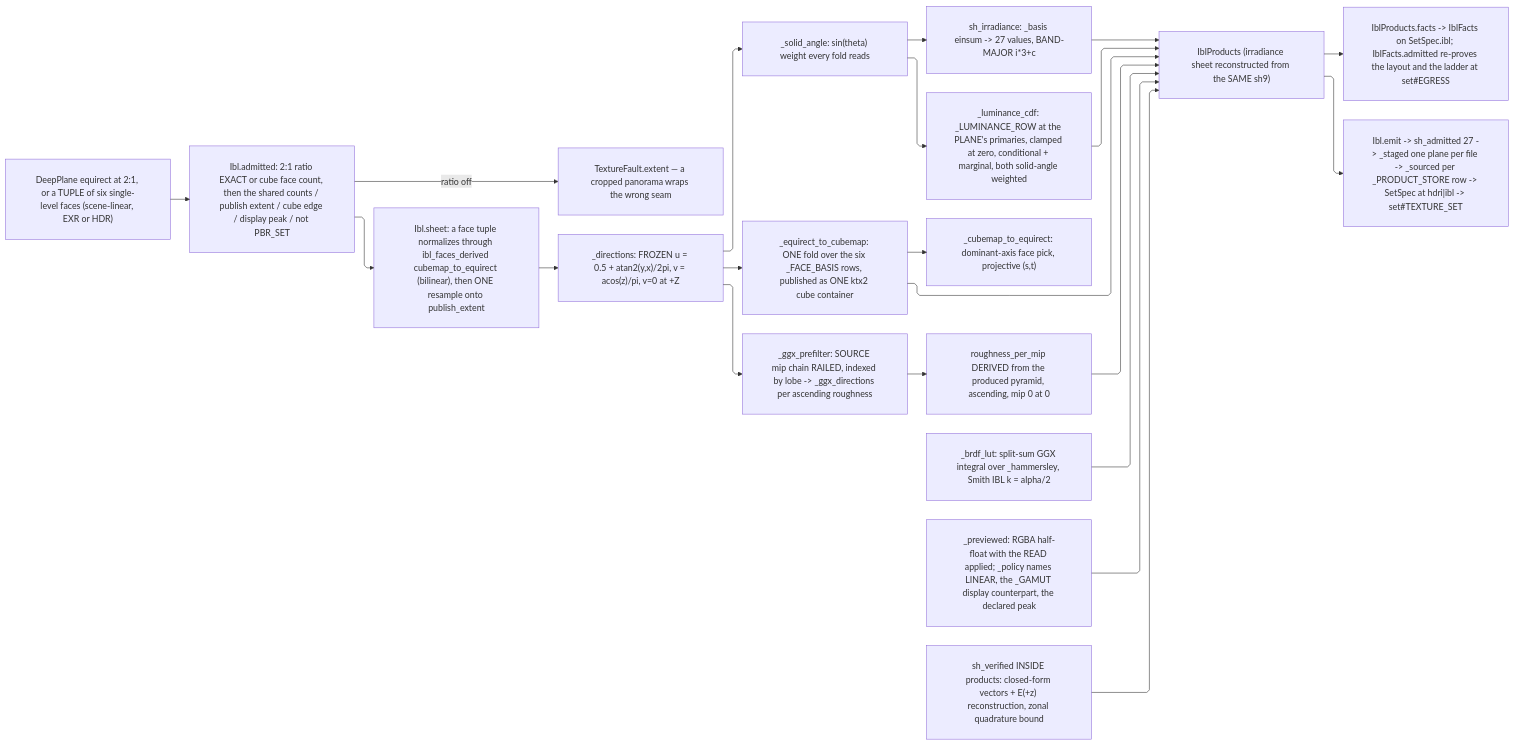
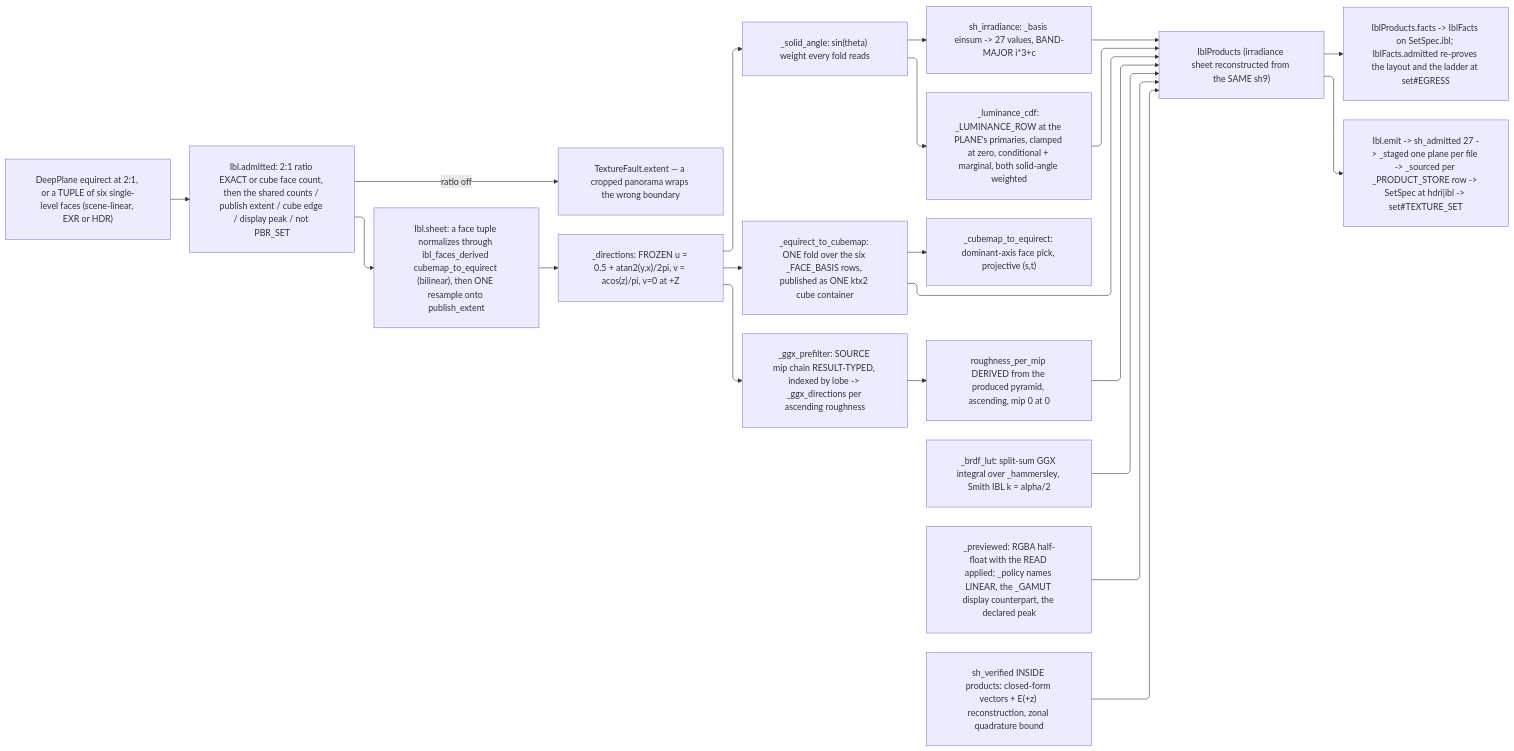
The diagram in libs/python/artifacts/.planning/graphic/texture/ibl.md (bsamiee/Rasm), drawn with Mermaid before and after one commit. The commit also changed other lines of this file and 1997 other files, not shown here.

First line of the commit message:
docs: rename rail to result and seam to boundary across the corpus

````diff
--- a/libs/python/artifacts/.planning/graphic/texture/ibl.md
+++ b/libs/python/artifacts/.planning/graphic/texture/ibl.md
@@ -697,32 +697,32 @@
 ```mermaid
 ---
 config:
   layout: elk
   flowchart:
     curve: linear
     padding: 25
 ---
 flowchart LR
     accTitle: Image-based lighting flow
     accDescr: A scene-linear equirect plane admitted at exact 2:1 ratio and resampled onto the declared publish grid, mapped to directions under the frozen equirect law with solid-angle weights, folded into the SH9 irradiance bands, prefiltered into the GGX roughness pyramid beside the BRDF LUT and the primaries-keyed luminance CDF, projected into the cube container and the gain-map preview, and assembled into IblProducts.
     Src["DeepPlane equirect at 2:1, or a TUPLE of six single-level faces (scene-linear, EXR or HDR)"] --> Adm["Ibl.admitted: 2:1 ratio EXACT or cube face count, then the shared counts / publish extent / cube edge / display peak / not PBR_SET"]
     Adm --> Sheet["Ibl.sheet: a face tuple normalizes through ibl_faces_derived cubemap_to_equirect (bilinear), then ONE resample onto publish_extent"]
-    Adm -->|"ratio off"| F["TextureFault.extent — a cropped panorama wraps the wrong seam"]
+    Adm -->|"ratio off"| F["TextureFault.extent — a cropped panorama wraps the wrong boundary"]
     Sheet --> Dirs["_directions: FROZEN u = 0.5 + atan2(y,x)/2pi, v = acos(z)/pi, v=0 at +Z"]
     Dirs --> SA["_solid_angle: sin(theta) weight every fold reads"]
     SA --> SH["sh_irradiance: _basis einsum -> 27 values, BAND-MAJOR i*3+c"]
     SA --> CDF["_luminance_cdf: _LUMINANCE_ROW at the PLANE's primaries, clamped at zero, conditional + marginal, both solid-angle weighted"]
     Dirs --> Cube["_equirect_to_cubemap: ONE fold over the six _FACE_BASIS rows, published as ONE ktx2 cube container"]
     Cube --> Inv["_cubemap_to_equirect: dominant-axis face pick, projective (s,t)"]
-    Dirs --> Pre["_ggx_prefilter: SOURCE mip chain RAILED, indexed by lobe -> _ggx_directions per ascending roughness"]
+    Dirs --> Pre["_ggx_prefilter: SOURCE mip chain RESULT-TYPED, indexed by lobe -> _ggx_directions per ascending roughness"]
     Pre --> Lad["roughness_per_mip DERIVED from the produced pyramid, ascending, mip 0 at 0"]
     BRDF["_brdf_lut: split-sum GGX integral over _hammersley, Smith IBL k = alpha/2"] --> Prod
     SH --> Prod["IblProducts (irradiance sheet reconstructed from the SAME sh9)"]
     CDF --> Prod
     Lad --> Prod
     Cube --> Prod
     Pv["_previewed: RGBA half-float with the READ applied; _policy names LINEAR, the _GAMUT display counterpart, the declared peak"] --> Prod
     Ver["sh_verified INSIDE products: closed-form vectors + E(+z) reconstruction, zonal quadrature bound"] --> Prod
     Prod --> Entry["IblProducts.facts -> IblFacts on SetSpec.ibl; IblFacts.admitted re-proves the layout and the ladder at set#EGRESS"]
     Prod --> Emit["Ibl.emit -> sh_admitted 27 -> _staged one plane per file -> _sourced per _PRODUCT_STORE row -> SetSpec at hdri|ibl -> set#TEXTURE_SET"]
 ```
````
